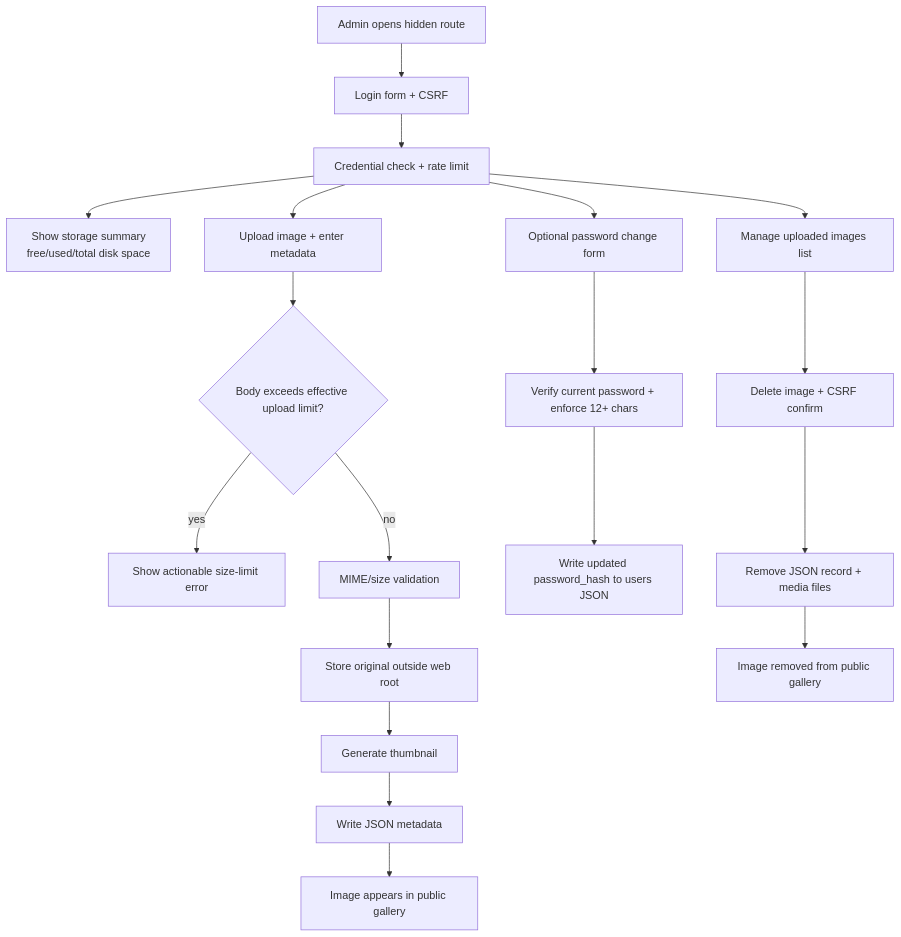
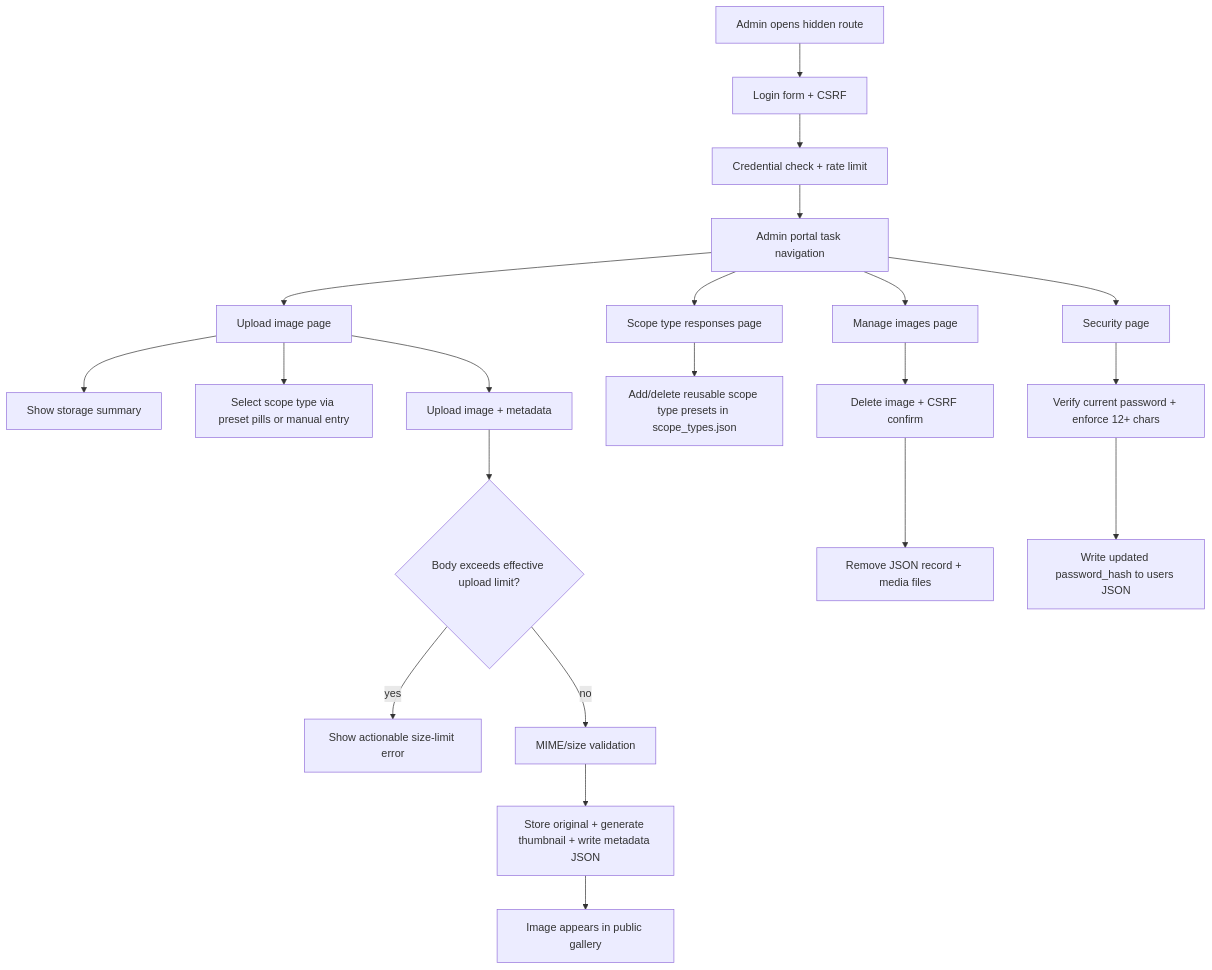
Before and after one commit to smeird/images: the second of 3 diagrams in README.md, drawn with Mermaid. The commit also changed other lines of this file and 7 other files, not shown here.

First line of the commit message:
Restructure admin portal and add scope type presets

````diff
--- a/README.md
+++ b/README.md
@@ -142,22 +143,23 @@
 ```mermaid
 flowchart TD
   A[Admin opens hidden route] --> B[Login form + CSRF]
   B --> C[Credential check + rate limit]
-  C --> S[Show storage summary
-free/used/total disk space]
-  C --> D[Upload image + enter metadata]
-  D --> M{Body exceeds effective upload limit?}
-  M -- yes --> N[Show actionable size-limit error]
-  M -- no --> E[MIME/size validation]
-  C --> J[Optional password change form]
-  J --> K[Verify current password + enforce 12+ chars]
-  K --> L[Write updated password_hash to users JSON]
-  C --> O[Manage uploaded images list]
-  O --> P[Delete image + CSRF confirm]
-  P --> Q[Remove JSON record + media files]
-  Q --> R[Image removed from public gallery]
-  E --> F[Store original outside web root]
-  F --> G[Generate thumbnail]
-  G --> H[Write JSON metadata]
-  H --> I[Image appears in public gallery]
+  C --> D[Admin portal task navigation]
+  D --> U[Upload image page]
+  D --> P[Scope type responses page]
+  D --> M[Manage images page]
+  D --> S[Security page]
+  U --> T[Show storage summary]
+  U --> V[Select scope type via preset pills or manual entry]
+  U --> W[Upload image + metadata]
+  W --> X{Body exceeds effective upload limit?}
+  X -- yes --> Y[Show actionable size-limit error]
+  X -- no --> Z[MIME/size validation]
+  Z --> AA[Store original + generate thumbnail + write metadata JSON]
+  AA --> AB[Image appears in public gallery]
+  P --> AC[Add/delete reusable scope type presets in scope_types.json]
+  M --> AD[Delete image + CSRF confirm]
+  AD --> AE[Remove JSON record + media files]
+  S --> AF[Verify current password + enforce 12+ chars]
+  AF --> AG[Write updated password_hash to users JSON]
 ```
````
